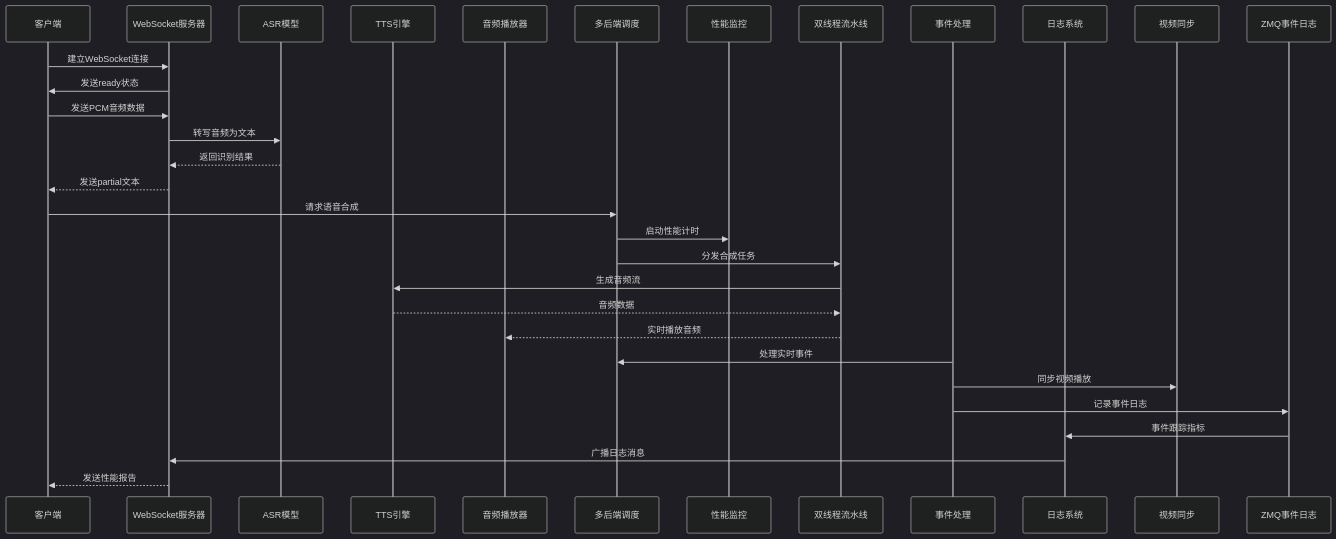
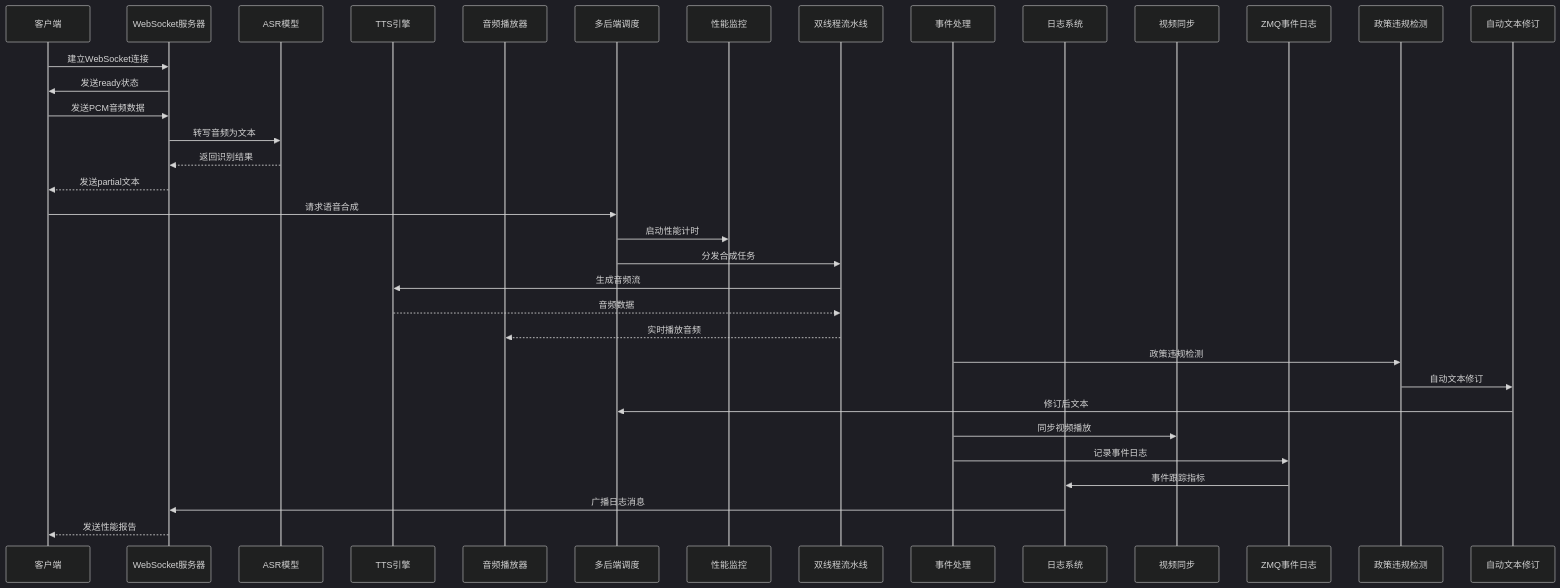
Before and after one commit to 1024dashen/Vue3Speech: the tenth of 28 diagrams in .qoder/repowiki/zh/content/语音合成服务/实时TTS合成.md, drawn with Mermaid (dark theme). The commit also changed other lines of this file and 13 other files, not shown here.

````diff
--- a/.qoder/repowiki/zh/content/语音合成服务/实时TTS合成.md
+++ b/.qoder/repowiki/zh/content/语音合成服务/实时TTS合成.md
@@ -439,33 +500,37 @@
 ```mermaid
 sequenceDiagram
 participant Client as 客户端
 participant WebSocket as WebSocket服务器
 participant ASR as ASR模型
 participant TTS as TTS引擎
 participant Audio as 音频播放器
 participant Backend as 多后端调度
 participant Monitor as 性能监控
 participant Threads as 双线程流水线
 participant Events as 事件处理
 participant LogSystem as 日志系统
 participant VideoSync as 视频同步
 participant ZMQEvents as ZMQ事件日志
+participant PolicyCheck as 政策违规检测
+participant AutoRevise as 自动文本修订
 Client->>WebSocket : 建立WebSocket连接
 WebSocket->>Client : 发送ready状态
 Client->>WebSocket : 发送PCM音频数据
 WebSocket->>ASR : 转写音频为文本
 ASR-->>WebSocket : 返回识别结果
 WebSocket-->>Client : 发送partial文本
 Client->>Backend : 请求语音合成
 Backend->>Monitor : 启动性能计时
 Backend->>Threads : 分发合成任务
 Threads->>TTS : 生成音频流
 TTS-->>Threads : 音频数据
 Threads-->>Audio : 实时播放音频
-Events->>Backend : 处理实时事件
+Events->>PolicyCheck : 政策违规检测
+PolicyCheck->>AutoRevise : 自动文本修订
+AutoRevise->>Backend : 修订后文本
 Events->>VideoSync : 同步视频播放
 Events->>ZMQEvents : 记录事件日志
 ZMQEvents->>LogSystem : 事件跟踪指标
 LogSystem->>WebSocket : 广播日志消息
 WebSocket-->>Client : 发送性能报告
 ```
````
